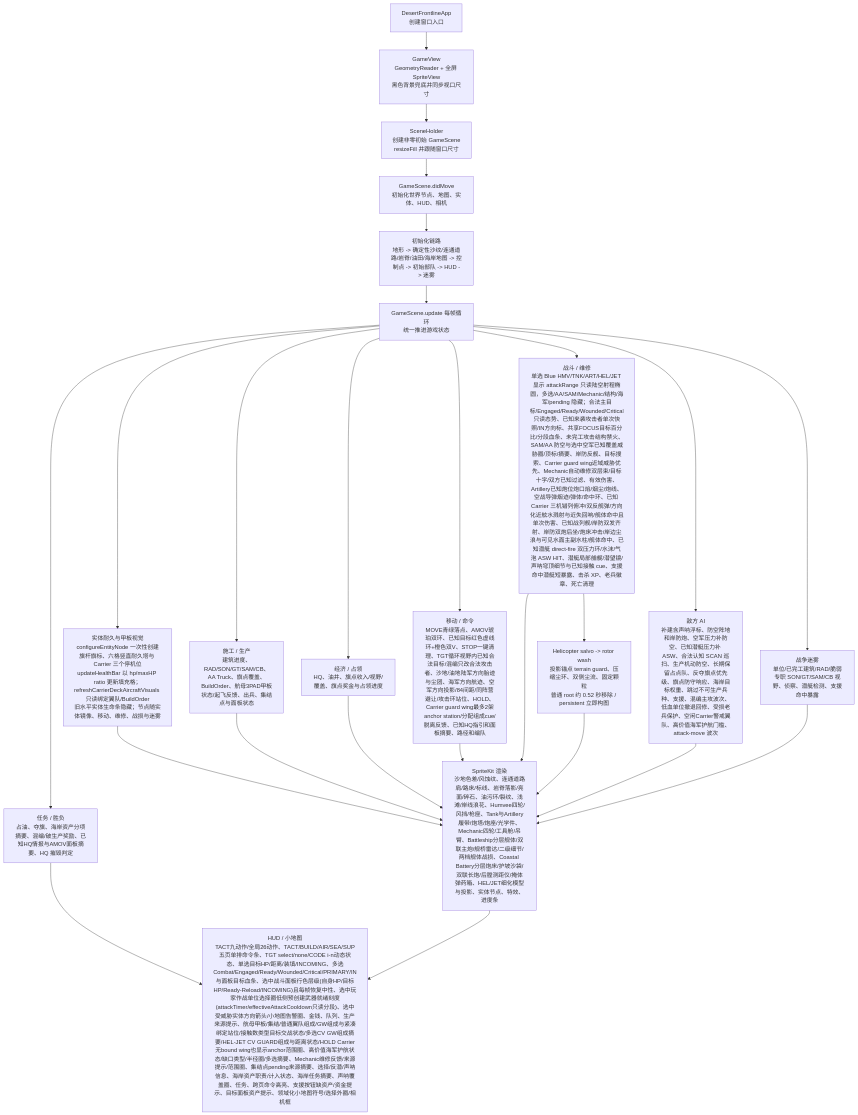
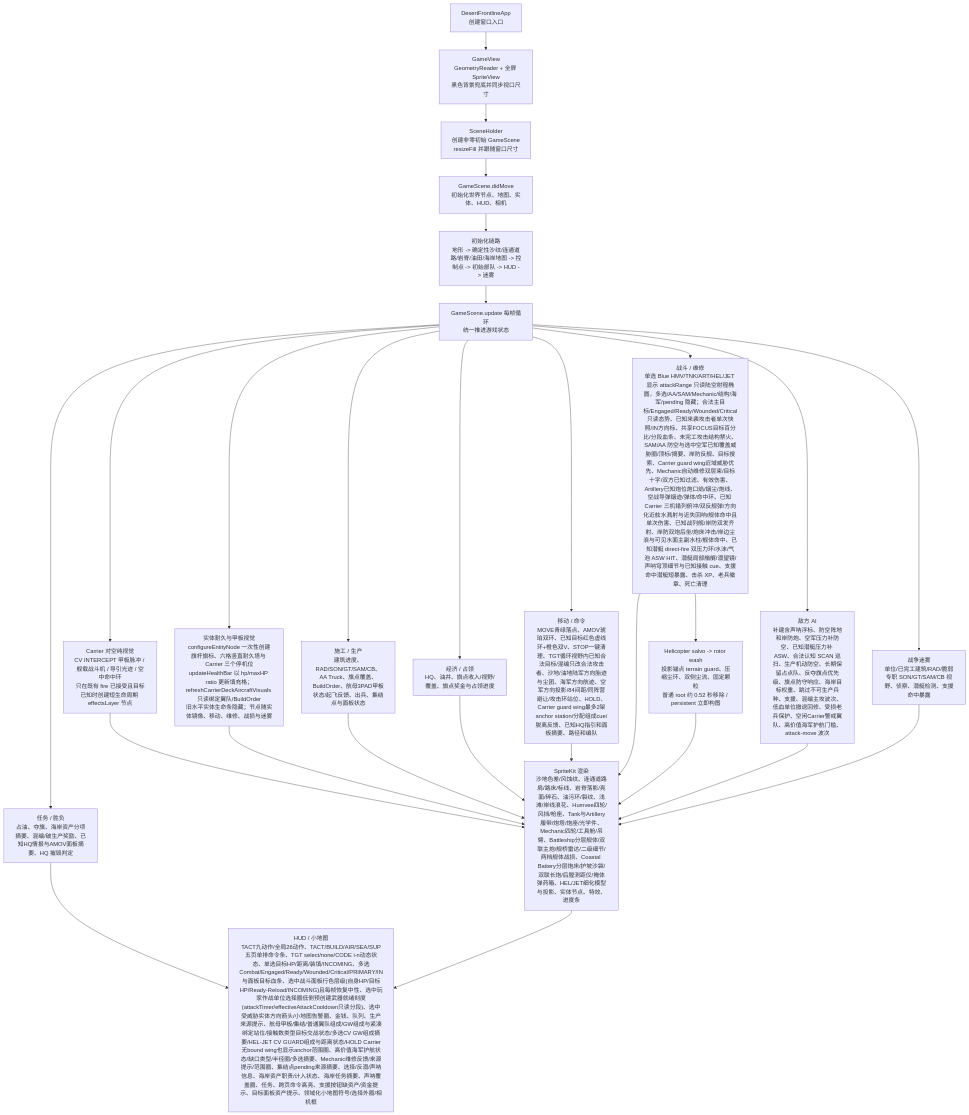
The first of 3 diagrams in md/flow/flowchart.md (Altman-sam114/1145), drawn with Mermaid before and after one commit. The commit also changed other lines of this file and 3 other files, not shown here.

````diff
--- a/md/flow/flowchart.md
+++ b/md/flow/flowchart.md
@@ -15,27 +15,29 @@
 ```mermaid
 flowchart TD
   App["DesertFrontlineApp\n创建窗口入口"] --> View["GameView\nGeometryReader + 全屏 SpriteView\n黑色背景兜底并同步视口尺寸"]
   View --> Holder["SceneHolder\n创建非零初始 GameScene\nresizeFill 并跟随窗口尺寸"]
   Holder --> Scene["GameScene.didMove\n初始化世界节点、地图、实体、HUD、相机"]
   Scene --> Init["初始化链路\n地形 -> 确定性沙纹/连通道路/岩脊/油田/海岸地图 -> 控制点 -> 初始部队 -> HUD -> 迷雾"]
   Init --> Loop["GameScene.update 每帧循环\n统一推进游戏状态"]
   Loop --> Build["施工 / 生产\n建筑进度、RAD/SON/GT/SAM/CB、AA Truck、旗点覆盖、BuildOrder、航母3PAD甲板状态/起飞反馈、出兵、集结点与面板状态"]
   Loop --> Economy["经济 / 占领\nHQ、油井、旗点收入/视野/覆盖、旗点奖金与占领进度"]
   Loop --> Commands["移动 / 命令\nMOVE青绿落点、AMOV琥珀双环、已知目标红色虚线环+橙色双V、STOP一键清理、TGT循环视野内已知合法目标/混编只改合法攻击者、沙地/油地陆军方向胎迹与尘团、海军方向航迹、空军方向投影/84间距/同阵营避让/攻击环站位、HOLD、Carrier guard wing最多2架anchor station/分配组成cue/脱离反馈、已知HQ指引和面板摘要、路径和编队"]
   Loop --> Combat["战斗 / 维修\n单选 Blue HMV/TNK/ART/HEL/JET 显示 attackRange 只读陆空射程椭圆，多选/AA/SAM/Mechanic/结构/海军/pending 隐藏；合法主目标/Engaged/Ready/Wounded/Critical只读态势、已知来袭攻击者单次快照/IN方向标、共享FOCUS目标百分比/分段血条、未完工攻击结构禁火、SAM/AA 防空与选中空军已知覆盖威胁圈/顶标/摘要、岸防反舰、目标搜索、Carrier guard wing近域威胁优先、Mechanic自动维修双层束/目标十字/双方已知过滤、有效伤害、Artillery已知炮位炮口焰/烟尘/炮线、空战导弹烟迹/弹体/命中环、已知 Carrier 三机错列俯冲/双反舰弹/方向化近舷水溅射与近失回响/舰体命中且单次伤害、已知战列舰/岸防双发齐射、岸防双炮后坐/炮床冲击/岸边尘浪与可见水面主副水柱/舰体命中、已知潜艇 direct-fire 双压力环/水沫/气泡 ASW HIT、潜艇局部艏艉/潜望镜/声呐穹顶细节与已知接触 cue、支援命中潜艇短暴露、击杀 XP、老兵徽章、死亡清理"]
+  Loop --> CarrierAirVisual["Carrier 对空纯视觉\nCV INTERCEPT 甲板脉冲 / 舰载战斗机 / 导引光迹 / 空中命中环\n只在既有 fire 已接受且目标已知时创建短生命周期 effectsLayer 节点"]
+  CarrierAirVisual --> Render
   Loop --> HealthVisual["实体耐久与甲板视觉\nconfigureEntityNode 一次性创建旗杆旗标、六格竖直耐久塔与 Carrier 三个停机位\nupdateHealthBar 以 hp/maxHP ratio 更新填充格；refreshCarrierDeckAircraftVisuals 只读绑定翼队/BuildOrder\n旧水平实体生命条隐藏；节点随实体镜像、移动、维修、战损与迷雾"]
   HealthVisual --> Render
   Loop --> AI["敌方 AI\n补建含声呐浮标、防空阵地和岸防炮、空军压力补防空、已知潜艇压力补 ASW、合法认知 SCAN 巡扫、生产机动防空、长期保留占点队、反夺旗点优先级、旗点防守响应、海岸目标权重、跳过不可生产兵种、支援、混编主攻波次、低血单位撤退回修、受损老兵保护、空闲Carrier警戒翼队、高价值海军护航门槛、attack-move 波次"]
   Loop --> Fog["战争迷雾\n单位/已完工建筑/RAD/脆弱专职 SON/GT/SAM/CB 视野、侦察、潜艇检测、支援命中暴露"]
   Loop --> Mission["任务 / 胜负\n占油、夺旗、海岸资产分项摘要、混编/破生产奖励、已知HQ情报与AMOV面板摘要、HQ 摧毁判定"]
   Build --> Render["SpriteKit 渲染\n沙地色差/风蚀纹、连通道路肩/路床/标线、岩脊落影/亮面/碎石、油污环/裂纹、浅滩/岸线浪花、Humvee四轮/风挡/枪座、Tank与Artillery履带/炮塔/炮座/光学件、Mechanic四轮/工具舱/吊臂、Battleship分层舰体/双联主炮/舰桥雷达/二级细节/两档舰体战损、Coastal Battery分层炮床/护坡沙袋/双联长炮/后膛测距仪/掩体弹药箱、HEL/JET细化模型与投影、实体节点、特效、进度条"]
   Economy --> Render
   Commands --> Render
   Combat --> Render
   Combat --> RotorWash["Helicopter salvo -> rotor wash\n投影锚点 terrain guard、压缩尘环、双侧尘流、固定颗粒\n普通 root 约 0.52 秒移除 / persistent 立即构图"]
   RotorWash --> Render
   AI --> Render
   Fog --> Render
   Mission --> HUD["HUD / 小地图\nTACT九动作/全局26动作、TACT/BUILD/AIR/SEA/SUP五页单排命令条、TGT select/none/CODE i-n动态状态、单选目标HP/距离/装填/INCOMING、多选Combat/Engaged/Ready/Wounded/Critical/PRIMARY/IN与面板目标血条、选中战斗面板行色层级(自身HP/目标HP/Ready-Reload/INCOMING)且每帧恢复中性、选中玩家作战单位选择圈低侧预创建武器就绪刻度(attackTimer/effectiveAttackCooldown只读分段)、选中受威胁实体方向箭头/小地图告警圈、金钱、队列、生产来源提示、航母甲板/集结/普通翼队组成/GW组成与紧凑绑定站位/接触数类型目标交战状态/多选CV GW组成摘要/HEL-JET CV GUARD组成与距离状态/HOLD Carrier无bound wing也显示anchor范围圈、高价值海军护航状态/缺口类型/半径圈/多选摘要、Mechanic维修反馈/来源提示/范围圈、集结点pending来源摘要、选择/反潜/声呐信息、海岸资产职责/计入状态、海岸任务摘要、声呐覆盖圈、任务、跨页命令高亮、支援按钮缺资产/资金提示、目标面板资产提示、领域化小地图符号/选择外圈/相机框"]
   Render --> HUD
 ```
````
